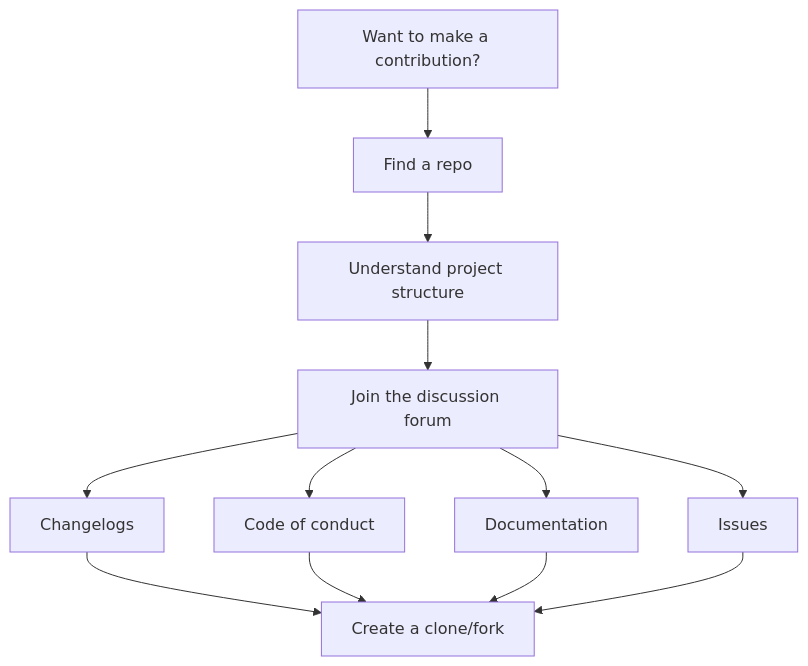
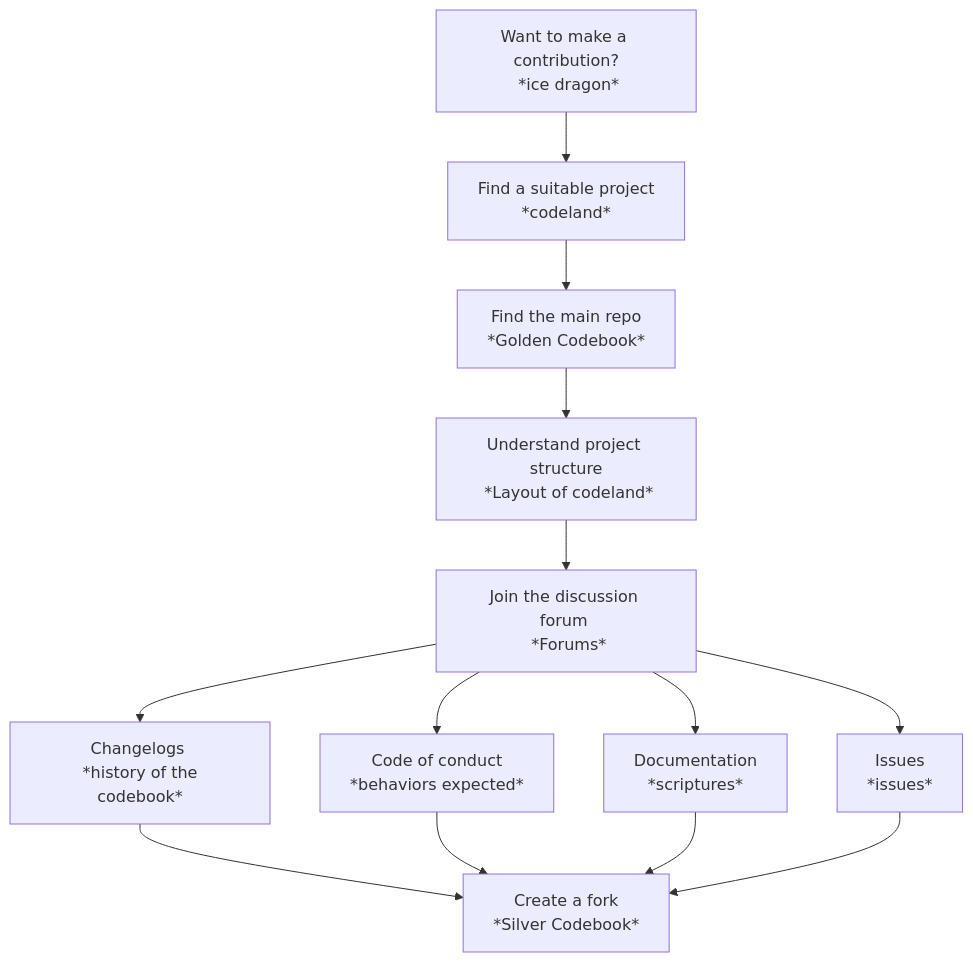
One commit to Prashant528/sample_story_for_storytelling changed the fifth of 8 diagrams in docs/graphs_kitty.md. Above: the diagram before and after it, drawn with Mermaid. The commit also changed other lines of this file and 13 other files, not shown here.

Commit message:
Modified the graph

````diff
--- a/docs/graphs_kitty.md
+++ b/docs/graphs_kitty.md
@@ -45,16 +66,17 @@
 ```mermaid
 graph TD
-A[Want to make a contribution?]
-A --> B[Find a repo]
-B --> C[Understand project structure] 
-C --> D[Join the discussion forum]
-D --> E[Changelogs]
-D --> F[Code of conduct]
-D --> G[Documentation]
-D --> H[Issues]
-E --> I[Create a clone/fork]
+A[Want to make a contribution?\n *ice dragon*]
+A --> N[Find a suitable project\n *codeland*]
+N --> B[Find the main repo \n *Golden Codebook*]
+B --> C[Understand project structure\n *Layout of codeland*] 
+C --> D[Join the discussion forum \n *Forums*]
+D --> E[Changelogs \n *history of the codebook*]
+D --> F[Code of conduct \n *behaviors expected*]
+D --> G[Documentation \n *scriptures* ]
+D --> H[Issues \n *issues*]
+E --> I[Create a fork \n *Silver Codebook*]
 F --> I 
 G --> I 
 H --> I 
 
 ```
````
